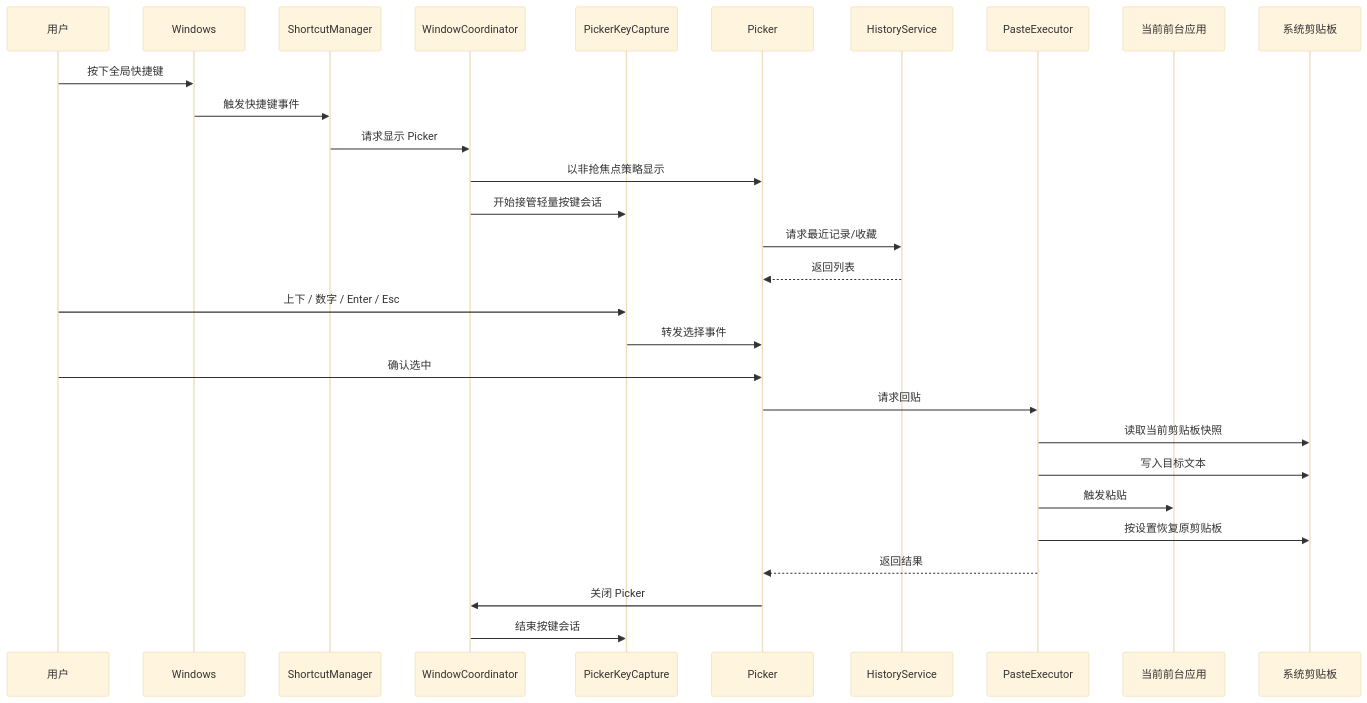
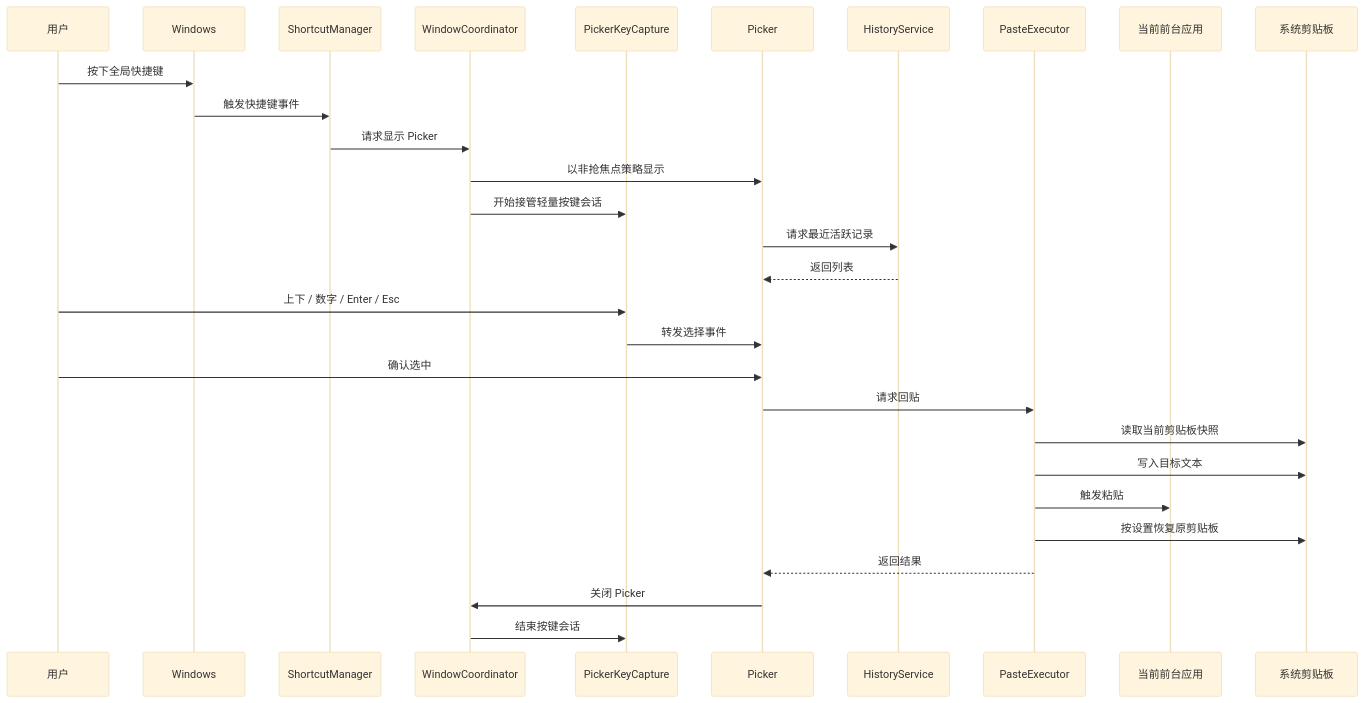
One commit to tranquil-w/floatpaste changed the second of 3 diagrams in docs/架构设计与MVP技术方案.md. Above: the diagram before and after it, drawn with Mermaid (base theme). The commit also changed other lines of this file and 5 other files, not shown here.

````diff
--- a/docs/架构设计与MVP技术方案.md
+++ b/docs/架构设计与MVP技术方案.md
@@ -237,32 +237,32 @@
 ```mermaid
 sequenceDiagram
     participant U as 用户
     participant OS as Windows
     participant SM as ShortcutManager
     participant WC as WindowCoordinator
     participant KC as PickerKeyCapture
     participant PK as Picker
     participant HS as HistoryService
     participant PE as PasteExecutor
     participant APP as 当前前台应用
     participant CB as 系统剪贴板
 
     U->>OS: 按下全局快捷键
     OS->>SM: 触发快捷键事件
     SM->>WC: 请求显示 Picker
     WC->>PK: 以非抢焦点策略显示
     WC->>KC: 开始接管轻量按键会话
-    PK->>HS: 请求最近记录/收藏
+    PK->>HS: 请求最近活跃记录
     HS-->>PK: 返回列表
     U->>KC: 上下 / 数字 / Enter / Esc
     KC->>PK: 转发选择事件
     U->>PK: 确认选中
     PK->>PE: 请求回贴
     PE->>CB: 读取当前剪贴板快照
     PE->>CB: 写入目标文本
     PE->>APP: 触发粘贴
     PE->>CB: 按设置恢复原剪贴板
     PE-->>PK: 返回结果
     PK->>WC: 关闭 Picker
     WC->>KC: 结束按键会话
 ```
````
